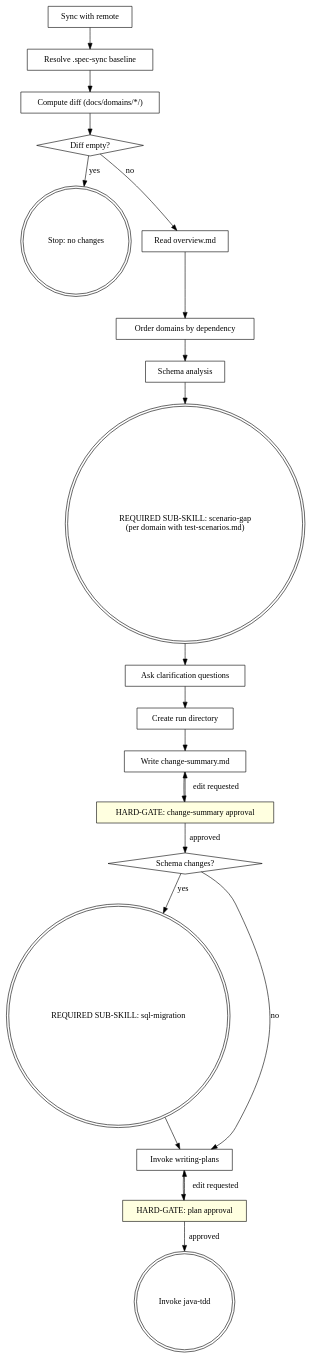
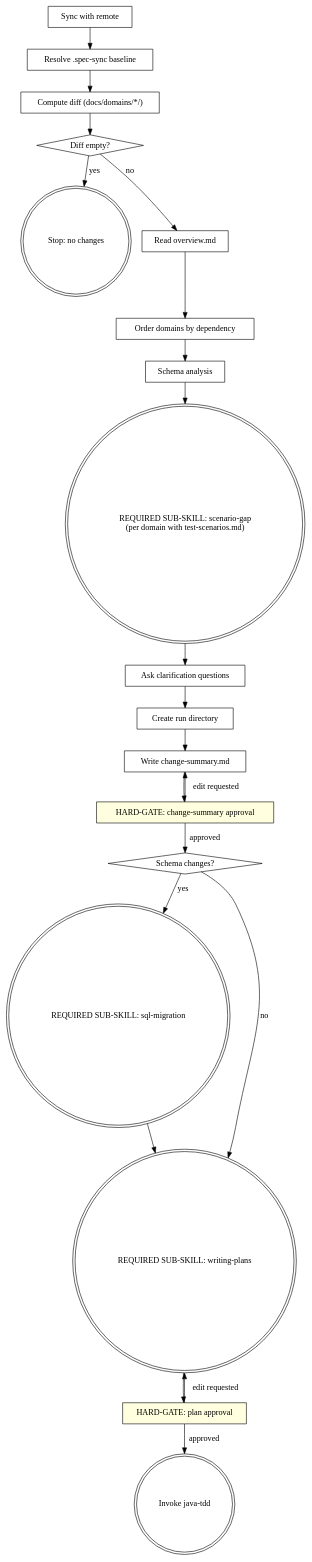
One commit to honghaowuu/jkit changed the diagram in skills/spec-delta/SKILL.md. Above: the diagram before and after it, drawn with Graphviz. The commit also changed other lines of this file and 7 other files, not shown here.

````diff
--- a/skills/spec-delta/SKILL.md
+++ b/skills/spec-delta/SKILL.md
@@ -28,43 +28,43 @@
 ```dot
 digraph spec_delta {
     "Sync with remote" [shape=box];
     "Resolve .spec-sync baseline" [shape=box];
     "Compute diff (docs/domains/*/)" [shape=box];
     "Diff empty?" [shape=diamond];
     "Stop: no changes" [shape=doublecircle];
     "Read overview.md" [shape=box];
     "Order domains by dependency" [shape=box];
     "Schema analysis" [shape=box];
     "REQUIRED SUB-SKILL: scenario-gap\n(per domain with test-scenarios.md)" [shape=doublecircle];
     "Ask clarification questions" [shape=box];
     "Create run directory" [shape=box];
     "Write change-summary.md" [shape=box];
     "HARD-GATE: change-summary approval" [shape=box style=filled fillcolor=lightyellow];
     "Schema changes?" [shape=diamond];
     "REQUIRED SUB-SKILL: sql-migration" [shape=doublecircle];
-    "Invoke writing-plans" [shape=box];
+    "REQUIRED SUB-SKILL: writing-plans" [shape=doublecircle];
     "HARD-GATE: plan approval" [shape=box style=filled fillcolor=lightyellow];
     "Invoke java-tdd" [shape=doublecircle];
 
     "Sync with remote" -> "Resolve .spec-sync baseline";
     "Resolve .spec-sync baseline" -> "Compute diff (docs/domains/*/)" ;
     "Compute diff (docs/domains/*/)" -> "Diff empty?";
     "Diff empty?" -> "Stop: no changes" [label="yes"];
     "Diff empty?" -> "Read overview.md" [label="no"];
     "Read overview.md" -> "Order domains by dependency";
     "Order domains by dependency" -> "Schema analysis";
     "Schema analysis" -> "REQUIRED SUB-SKILL: scenario-gap\n(per domain with test-scenarios.md)";
     "REQUIRED SUB-SKILL: scenario-gap\n(per domain with test-scenarios.md)" -> "Ask clarification questions";
     "Ask clarification questions" -> "Create run directory";
     "Create run directory" -> "Write change-summary.md";
     "Write change-summary.md" -> "HARD-GATE: change-summary approval";
     "HARD-GATE: change-summary approval" -> "Schema changes?" [label="approved"];
     "HARD-GATE: change-summary approval" -> "Write change-summary.md" [label="edit requested"];
     "Schema changes?" -> "REQUIRED SUB-SKILL: sql-migration" [label="yes"];
-    "Schema changes?" -> "Invoke writing-plans" [label="no"];
-    "REQUIRED SUB-SKILL: sql-migration" -> "Invoke writing-plans";
-    "Invoke writing-plans" -> "HARD-GATE: plan approval";
+    "Schema changes?" -> "REQUIRED SUB-SKILL: writing-plans" [label="no"];
+    "REQUIRED SUB-SKILL: sql-migration" -> "REQUIRED SUB-SKILL: writing-plans";
+    "REQUIRED SUB-SKILL: writing-plans" -> "HARD-GATE: plan approval";
     "HARD-GATE: plan approval" -> "Invoke java-tdd" [label="approved"];
-    "HARD-GATE: plan approval" -> "Invoke writing-plans" [label="edit requested"];
+    "HARD-GATE: plan approval" -> "REQUIRED SUB-SKILL: writing-plans" [label="edit requested"];
 }
 ```
````
